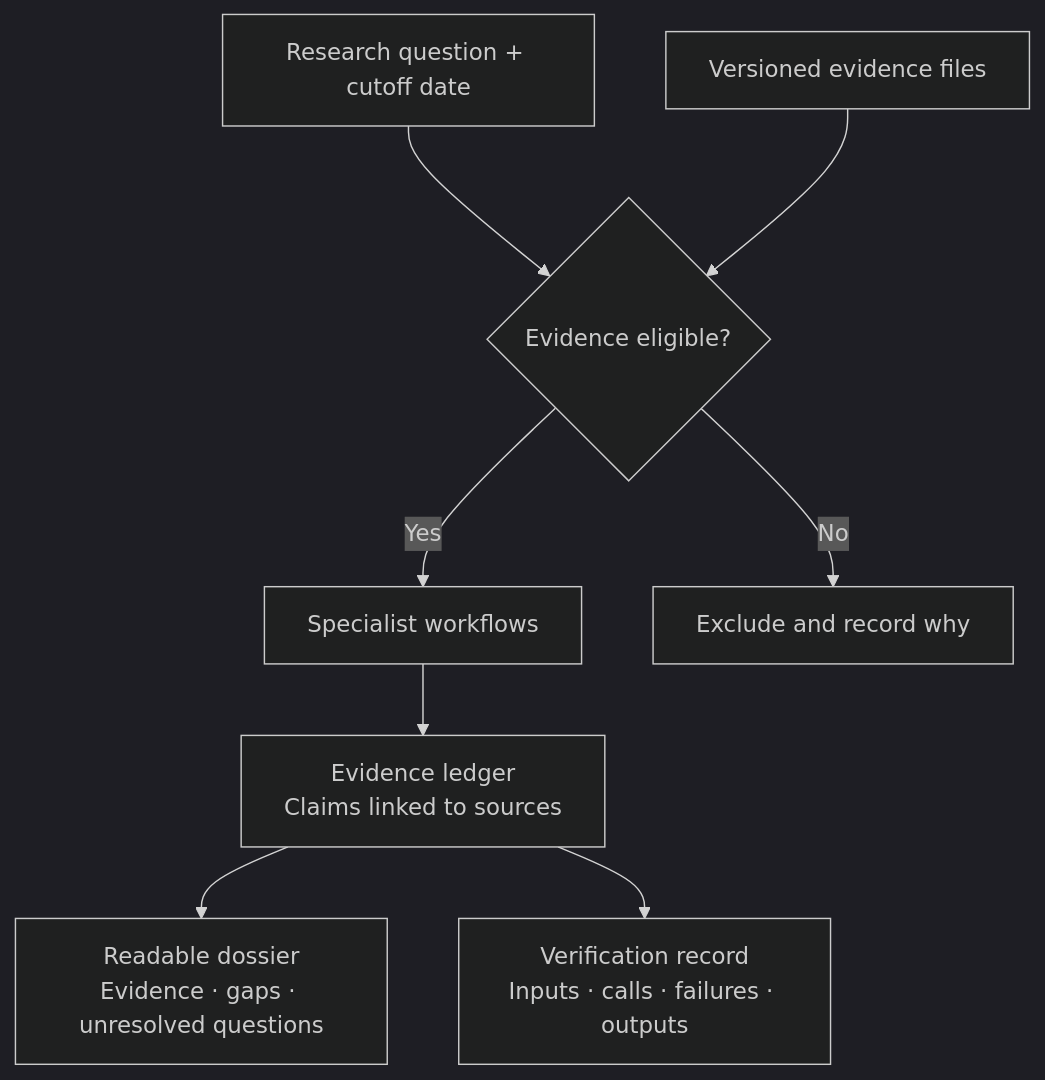
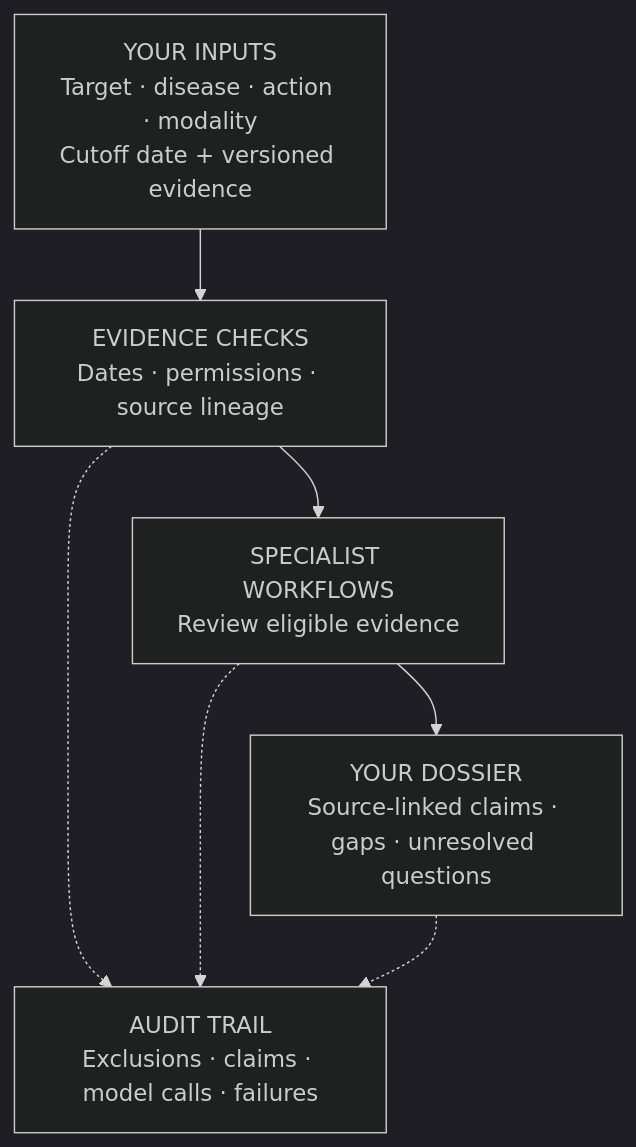
One commit to rzzli/TETHER changed the diagram in README.md. Above: the diagram before and after it, drawn with Mermaid (dark theme). The commit also changed other lines of this file, not shown here.

````diff
--- a/README.md
+++ b/README.md
@@ -23,10 +17,10 @@
 ```mermaid
 flowchart TD
-    Q["Research question + cutoff date"] --> G
-    E["Versioned evidence files"] --> G
-    G{"Evidence eligible?"} -->|Yes| S["Specialist workflows"]
-    G -->|No| X["Exclude and record why"]
-    S --> L["Evidence ledger<br/>Claims linked to sources"]
-    L --> D["Readable dossier<br/>Evidence · gaps · unresolved questions"]
-    L --> V["Verification record<br/>Inputs · calls · failures · outputs"]
+    Q["YOUR INPUTS<br/>Target · disease · action · modality<br/>Cutoff date + versioned evidence"] --> G
+    G["EVIDENCE CHECKS<br/>Dates · permissions · source lineage"] --> S
+    S["SPECIALIST WORKFLOWS<br/>Review eligible evidence"] --> D
+    D["YOUR DOSSIER<br/>Source-linked claims · gaps · unresolved questions"]
+    G -.-> R["AUDIT TRAIL<br/>Exclusions · claims · model calls · failures"]
+    S -.-> R
+    D -.-> R
 ```
````
